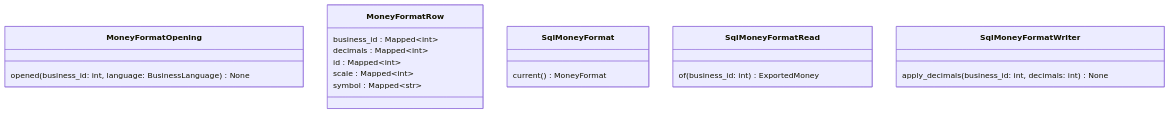
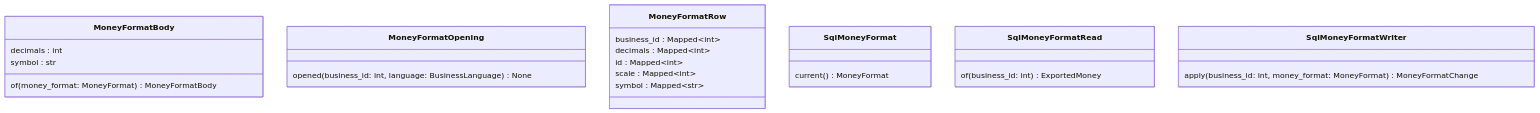
Before and after one commit to GonzaloZevallos/apostrophe: the fourth of 4 diagrams in docs/architecture/generated/classes/money_format.md, drawn with Mermaid. The commit also changed other lines of this file and 12 other files, not shown here.

First line of the commit message:
Document the money format save, the raise through the rescale and the cents gap

````diff
--- a/docs/architecture/generated/classes/money_format.md
+++ b/docs/architecture/generated/classes/money_format.md
@@ -66,22 +85,27 @@
 ```mermaid
 classDiagram
+  class MoneyFormatBody {
+    decimals : int
+    symbol : str
+    of(money_format: MoneyFormat) MoneyFormatBody
+  }
   class MoneyFormatOpening {
     opened(business_id: int, language: BusinessLanguage) None
   }
   class MoneyFormatRow {
     business_id : Mapped~int~
     decimals : Mapped~int~
     id : Mapped~int~
     scale : Mapped~int~
     symbol : Mapped~str~
   }
   class SqlMoneyFormat {
     current() MoneyFormat
   }
   class SqlMoneyFormatRead {
     of(business_id: int) ExportedMoney
   }
   class SqlMoneyFormatWriter {
-    apply_decimals(business_id: int, decimals: int) None
+    apply(business_id: int, money_format: MoneyFormat) MoneyFormatChange
   }
 ```
````
